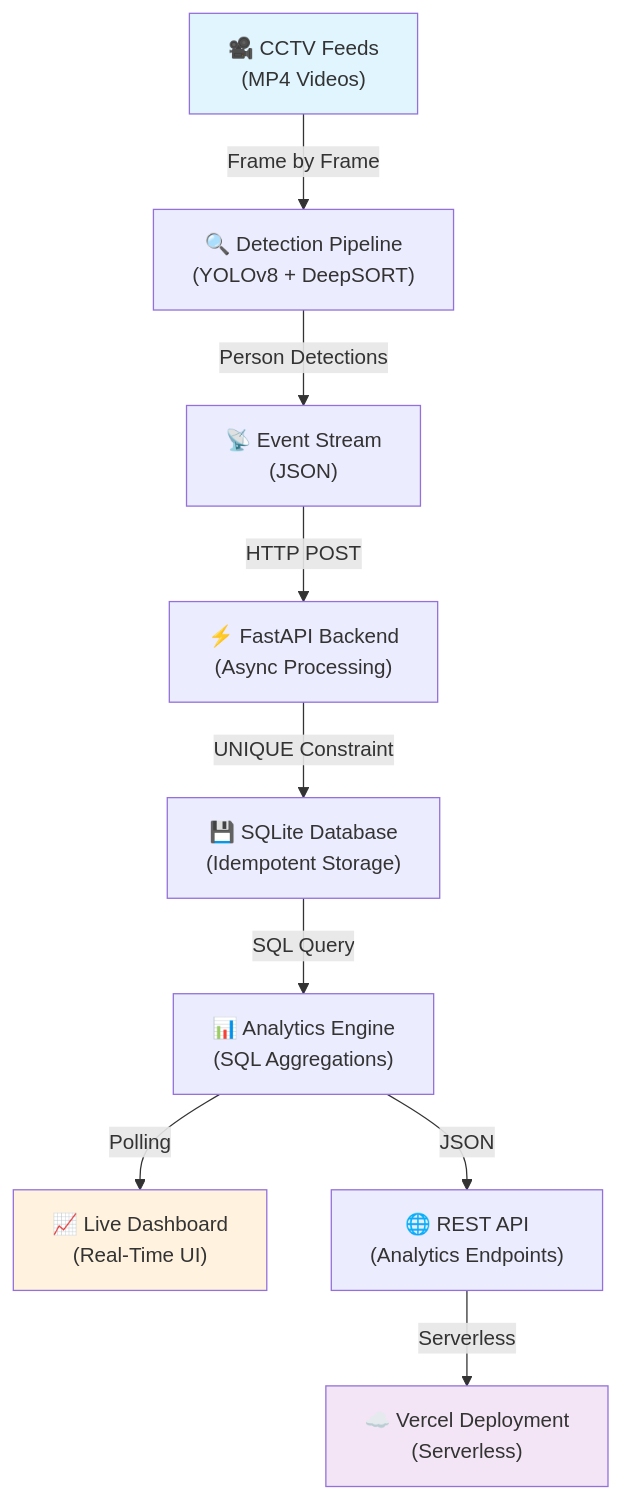
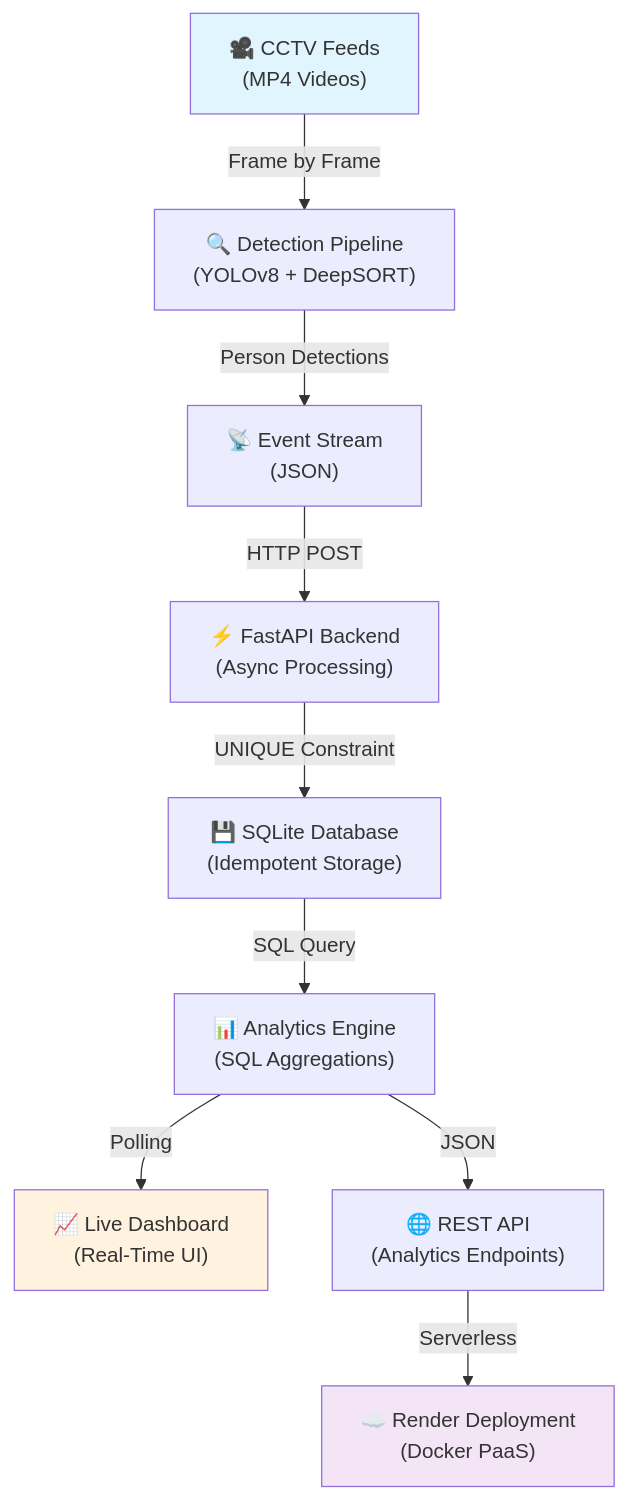
The diagram in README.md (SatyamKumar7911/store-intelligence), drawn with Mermaid before and after one commit. The commit also changed other lines of this file and 3 other files, not shown here.

Commit message:
Update README for Render deployment and remove Vercel files

````diff
--- a/README.md
+++ b/README.md
@@ -232,25 +230,25 @@
 ```mermaid
 graph TB
     A["🎥 CCTV Feeds<br/>(MP4 Videos)"]
     B["🔍 Detection Pipeline<br/>(YOLOv8 + DeepSORT)"]
     C["📡 Event Stream<br/>(JSON)"]
     D["⚡ FastAPI Backend<br/>(Async Processing)"]
     E["💾 SQLite Database<br/>(Idempotent Storage)"]
     F["📊 Analytics Engine<br/>(SQL Aggregations)"]
     G["📈 Live Dashboard<br/>(Real-Time UI)"]
     H["🌐 REST API<br/>(Analytics Endpoints)"]
-    I["☁️ Vercel Deployment<br/>(Serverless)"]
+    I["☁️ Render Deployment<br/>(Docker PaaS)"]
 
     A -->|Frame by Frame| B
     B -->|Person Detections| C
     C -->|HTTP POST| D
     D -->|UNIQUE Constraint| E
     E -->|SQL Query| F
     F -->|JSON| H
     F -->|Polling| G
     H -->|Serverless| I
 
     style A fill:#e1f5ff
     style G fill:#fff3e0
     style I fill:#f3e5f5
 ```
````
